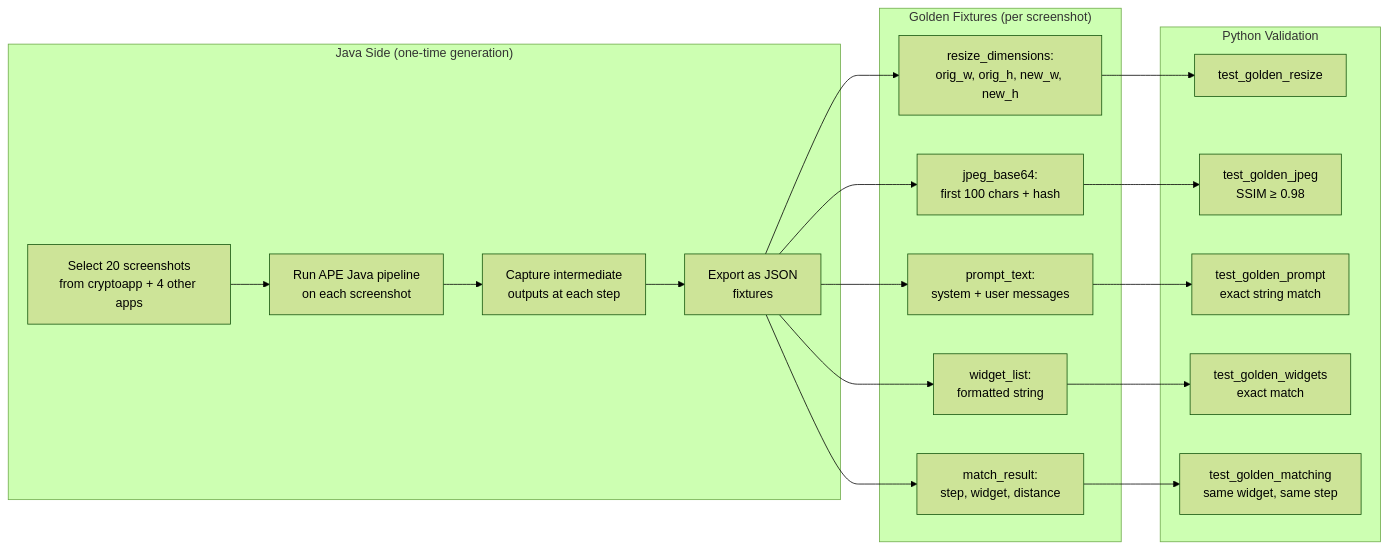
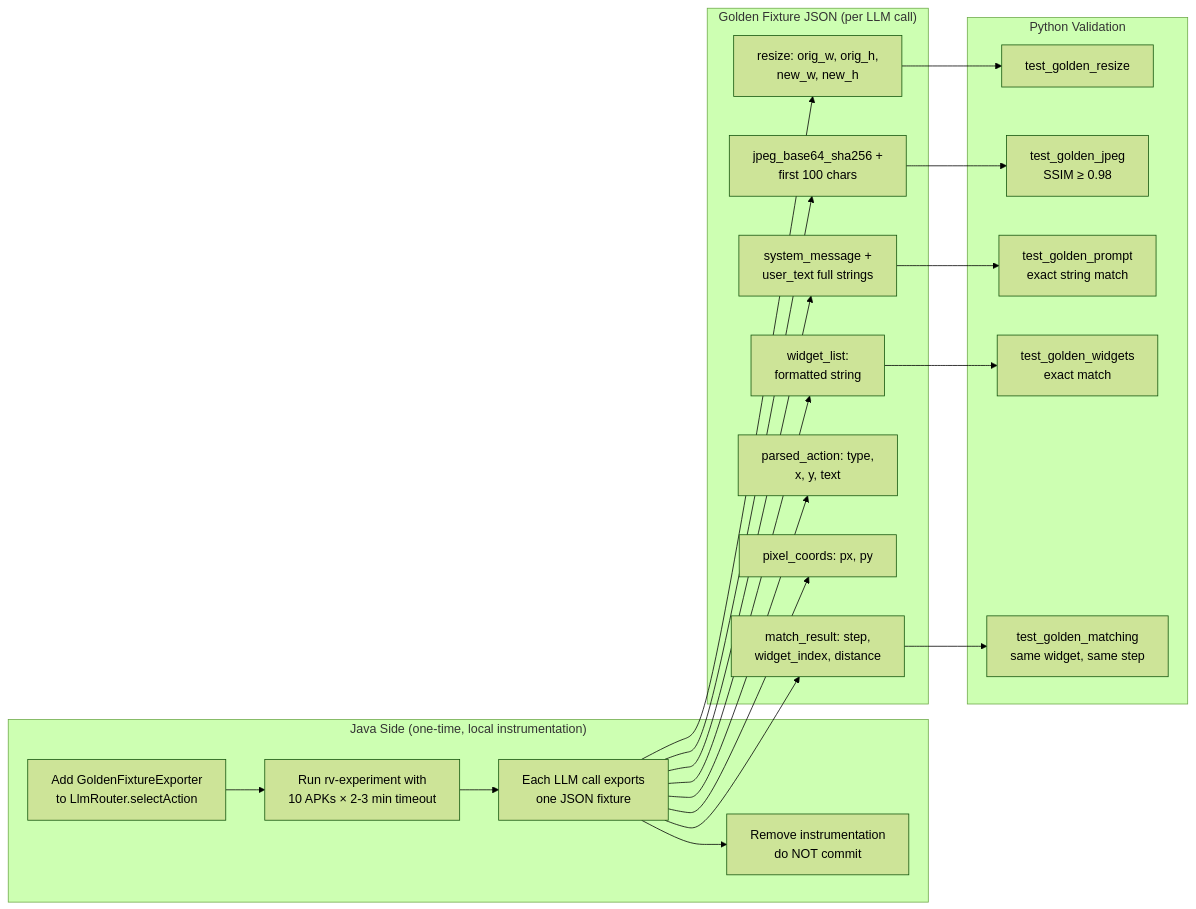
The fifth of 6 diagrams in rv-android/openspec/changes/gh43-aperv-llm-validation/design.md (PAMunb/rvsec), drawn with Mermaid (forest theme) before and after one commit. The commit also changed other lines of this file and 2 other files, not shown here.

First line of the commit message:
docs(gh43): resolve Q1/Q2 — golden fixtures via temporary APE Java instrumentation

````diff
--- a/rv-android/openspec/changes/gh43-aperv-llm-validation/design.md
+++ b/rv-android/openspec/changes/gh43-aperv-llm-validation/design.md
@@ -382,33 +389,35 @@
 ```mermaid
 graph LR
-    subgraph "Java Side (one-time generation)"
-        J1[Select 20 screenshots<br/>from cryptoapp + 4 other apps]
-        J2[Run APE Java pipeline<br/>on each screenshot]
-        J3[Capture intermediate<br/>outputs at each step]
-        J4[Export as JSON<br/>fixtures]
+    subgraph "Java Side (one-time, local instrumentation)"
+        J1[Add GoldenFixtureExporter<br/>to LlmRouter.selectAction]
+        J2[Run rv-experiment with<br/>10 APKs × 2-3 min timeout]
+        J3[Each LLM call exports<br/>one JSON fixture]
+        J4[Remove instrumentation<br/>do NOT commit]
     end
 
-    subgraph "Golden Fixtures (per screenshot)"
-        F1[resize_dimensions:<br/>orig_w, orig_h, new_w, new_h]
-        F2[jpeg_base64:<br/>first 100 chars + hash]
-        F3[prompt_text:<br/>system + user messages]
+    subgraph "Golden Fixture JSON (per LLM call)"
+        F1[resize: orig_w, orig_h,<br/>new_w, new_h]
+        F2[jpeg_base64_sha256 +<br/>first 100 chars]
+        F3[system_message +<br/>user_text full strings]
         F4[widget_list:<br/>formatted string]
-        F5[match_result:<br/>step, widget, distance]
+        F5[parsed_action: type,<br/>x, y, text]
+        F6[pixel_coords: px, py]
+        F7[match_result: step,<br/>widget_index, distance]
     end
 
     subgraph "Python Validation"
         P1[test_golden_resize]
         P2[test_golden_jpeg<br/>SSIM ≥ 0.98]
         P3[test_golden_prompt<br/>exact string match]
         P4[test_golden_widgets<br/>exact match]
         P5[test_golden_matching<br/>same widget, same step]
     end
 
     J1 --> J2 --> J3 --> J4
-    J4 --> F1 & F2 & F3 & F4 & F5
+    J3 --> F1 & F2 & F3 & F4 & F5 & F6 & F7
     F1 --> P1
     F2 --> P2
     F3 --> P3
     F4 --> P4
-    F5 --> P5
+    F7 --> P5
 ```
````
